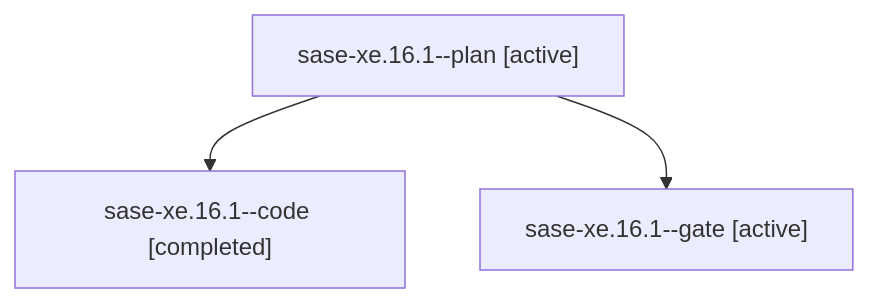
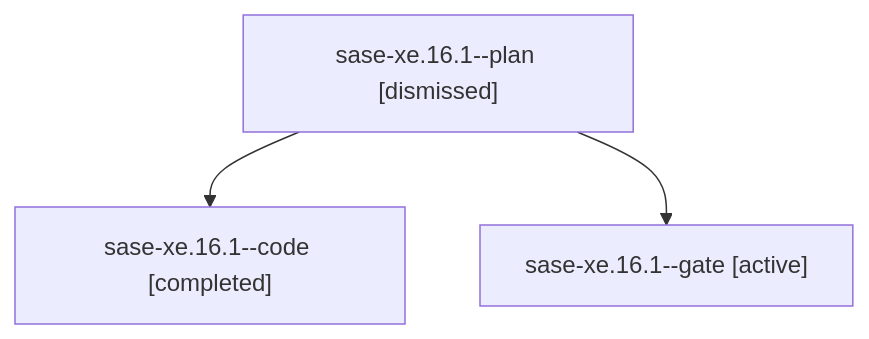
One commit to sase-org/sase--agents changed the diagram in sessions/bbugyi200.athena.sase-xe.16.1.md. Above: the diagram before and after it, drawn with Mermaid. The commit also changed other lines of this file and 277 other files, not shown here.

````diff
--- a/sessions/bbugyi200.athena.sase-xe.16.1.md
+++ b/sessions/bbugyi200.athena.sase-xe.16.1.md
@@ -9,8 +9,8 @@
 ```mermaid
 flowchart TD
-  n0["sase-xe.16.1--plan [active]"]
+  n0["sase-xe.16.1--plan [dismissed]"]
   n1["sase-xe.16.1--code [completed]"]
   n0 --> n1
   n2["sase-xe.16.1--gate [active]"]
   n0 --> n2
 ```
````
